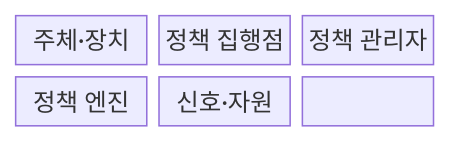
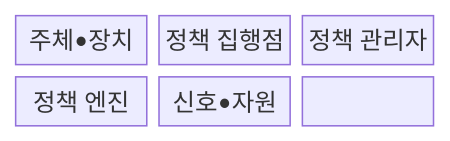
The first of 2 diagrams in src/content/docs/notes/08-latest-tech/185_zero_trust_architecture.md (agnusdei1207/knowledge-base), drawn with Mermaid before and after one commit. The commit also changed other lines of this file and 953 other files, not shown here.

````diff
--- a/src/content/docs/notes/08-latest-tech/185_zero_trust_architecture.md
+++ b/src/content/docs/notes/08-latest-tech/185_zero_trust_architecture.md
@@ -68,11 +68,11 @@
 ```mermaid
 block-beta
   columns 3
-  N0["주체·장치"]
+  N0["주체•장치"]
   N1["정책 집행점"]
   N2["정책 관리자"]
   N3["정책 엔진"]
-  N4["신호·자원"]
+  N4["신호•자원"]
   N0 --- N1 --- N2
   N2 --- N3 --- N4
 ```
````
